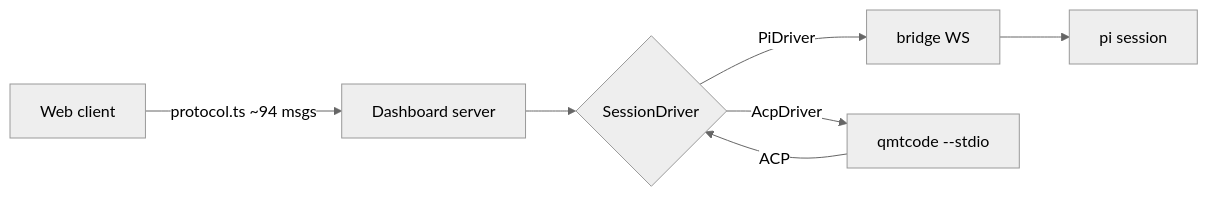
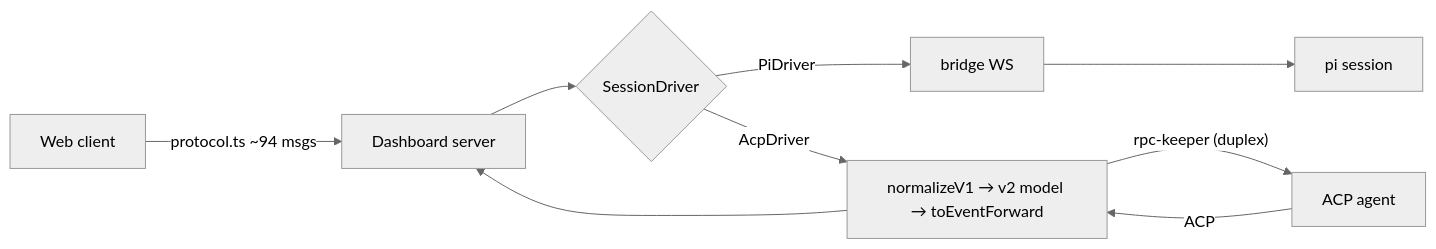
The first of 2 diagrams in docs/research/querymt-agent-backend.md (BlackBeltTechnology/pi-agent-dashboard), drawn with Mermaid (neutral theme) before and after one commit. The commit also changed other lines of this file and 8 other files, not shown here.

First line of the commit message:
plan(add-acp-session-driver): ACP agent sessions via acp-bridge adapter

````diff
--- a/docs/research/querymt-agent-backend.md
+++ b/docs/research/querymt-agent-backend.md
@@ -108,9 +117,11 @@
 ```mermaid
 flowchart LR
   C[Web client] -- protocol.ts ~94 msgs --> S[Dashboard server]
   S --> D{SessionDriver}
   D -- "PiDriver" --> B[bridge WS]
   B --> P[pi session]
-  D -- "AcpDriver" --> Q["qmtcode --stdio"]
-  Q -- ACP --> D
+  D -- "AcpDriver" --> N["normalizeV1 → v2 model → toEventForward"]
+  N --> S
+  N -- "rpc-keeper (duplex)" --> Q["ACP agent"]
+  Q -- ACP --> N
 ```
````
